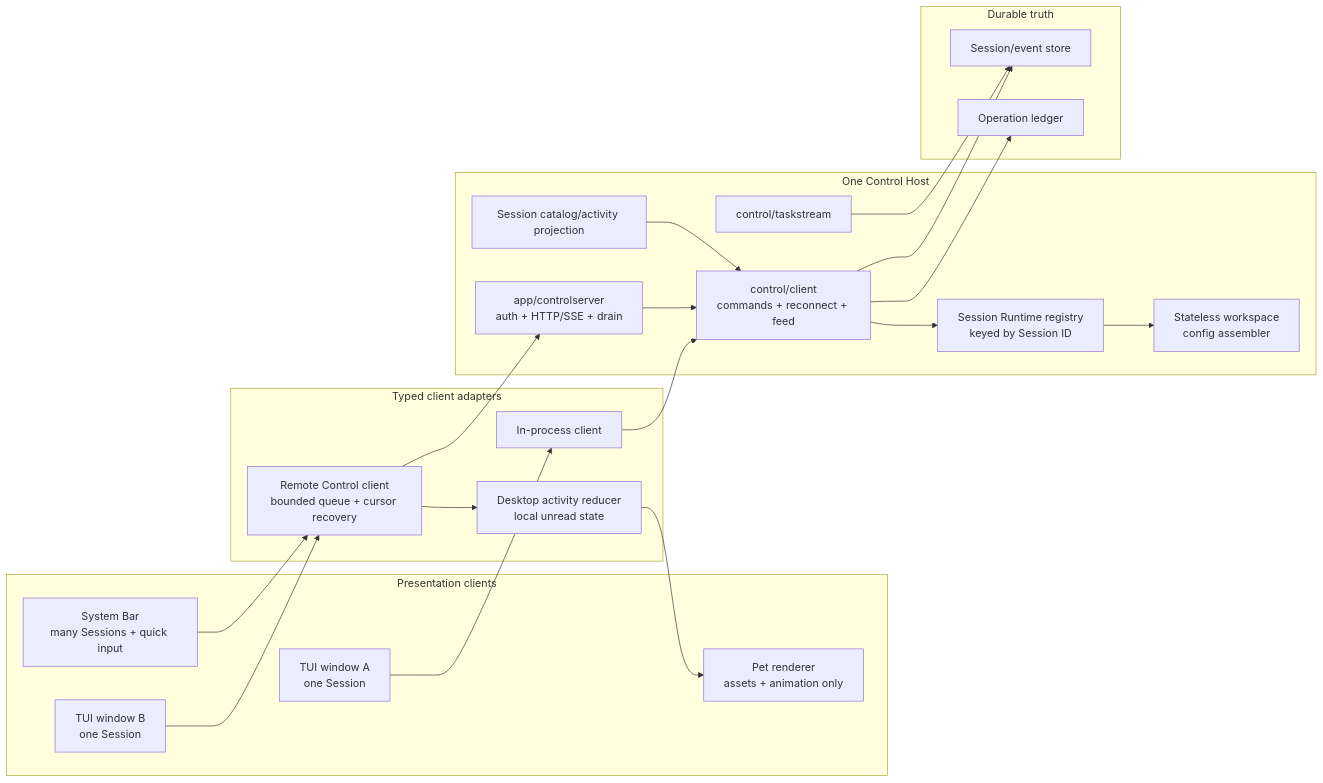
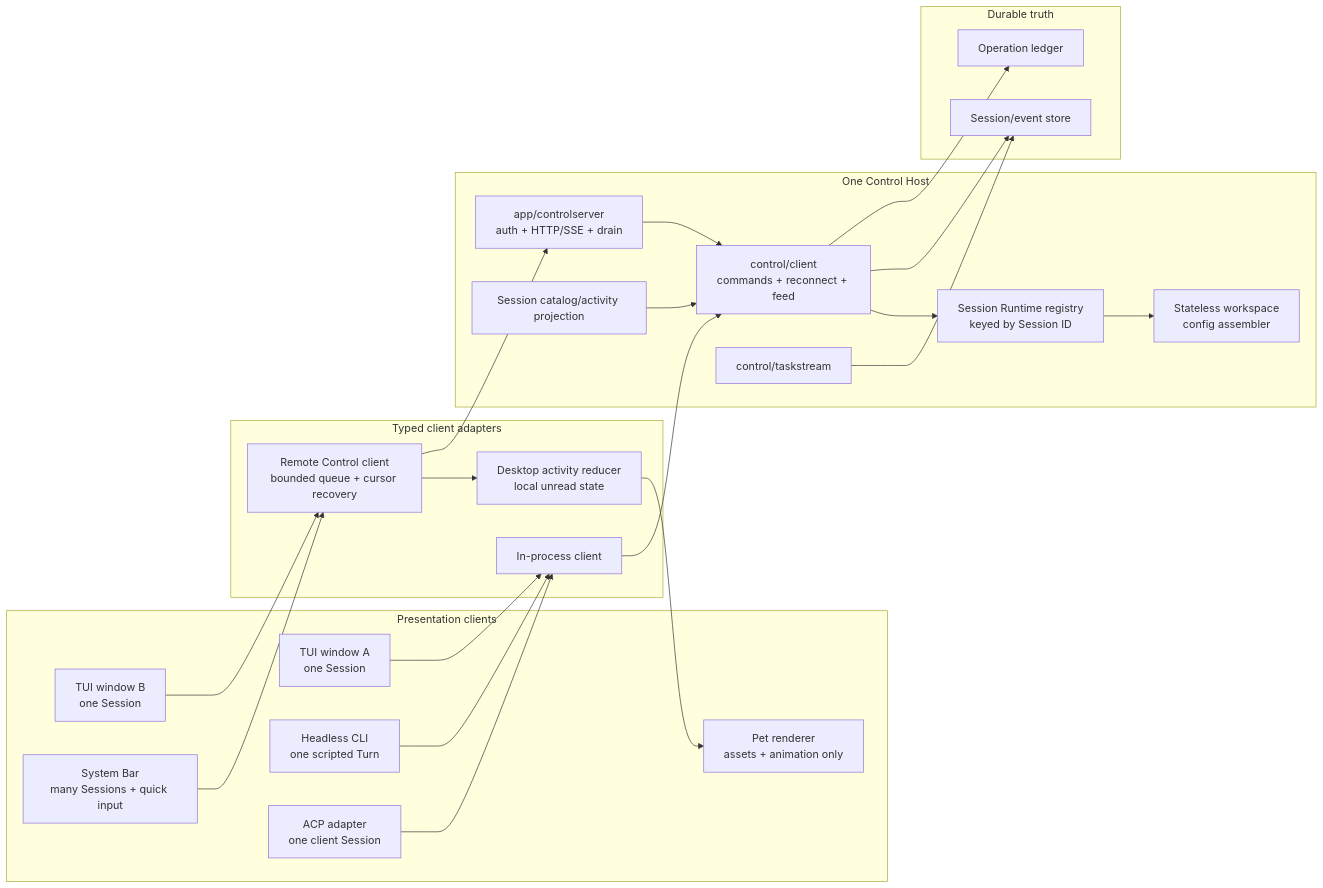
The first of 3 diagrams in docs/control-host-bar-pet-design.md (caelis-labs/caelis), drawn with Mermaid before and after one commit. The commit also changed other lines of this file and 21 other files, not shown here.

Commit message:
feat: route headless through typed session client

````diff
--- a/docs/control-host-bar-pet-design.md
+++ b/docs/control-host-bar-pet-design.md
@@ -361,44 +413,48 @@
 ```mermaid
 flowchart LR
     subgraph Presentation["Presentation clients"]
         TUI1["TUI window A<br/>one Session"]
         TUI2["TUI window B<br/>one Session"]
+        HEADLESS["Headless CLI<br/>one scripted Turn"]
+        ACP["ACP adapter<br/>one client Session"]
         BAR["System Bar<br/>many Sessions + quick input"]
         PET["Pet renderer<br/>assets + animation only"]
     end
 
     subgraph Client["Typed client adapters"]
         LOCAL["In-process client"]
         REMOTE["Remote Control client<br/>bounded queue + cursor recovery"]
         REDUCER["Desktop activity reducer<br/>local unread state"]
     end
 
     subgraph Host["One Control Host"]
         API["app/controlserver<br/>auth + HTTP/SSE + drain"]
         CATALOG["Session catalog/activity projection"]
         CONTROL["control/client<br/>commands + reconnect + feed"]
         TASKS["control/taskstream"]
         ASSEMBLER["Stateless workspace<br/>config assembler"]
         RUNTIME["Session Runtime registry<br/>keyed by Session ID"]
     end
 
     subgraph Durable["Durable truth"]
         STORE["Session/event store"]
         OPS["Operation ledger"]
     end
 
     TUI1 --> LOCAL
     TUI2 --> REMOTE
+    HEADLESS --> LOCAL
+    ACP --> LOCAL
     BAR --> REMOTE
     REMOTE --> REDUCER
     REDUCER --> PET
     LOCAL --> CONTROL
     REMOTE --> API
     API --> CONTROL
     CATALOG --> CONTROL
     CONTROL --> RUNTIME
     RUNTIME --> ASSEMBLER
     CONTROL --> STORE
     CONTROL --> OPS
     TASKS --> STORE
 ```
````
